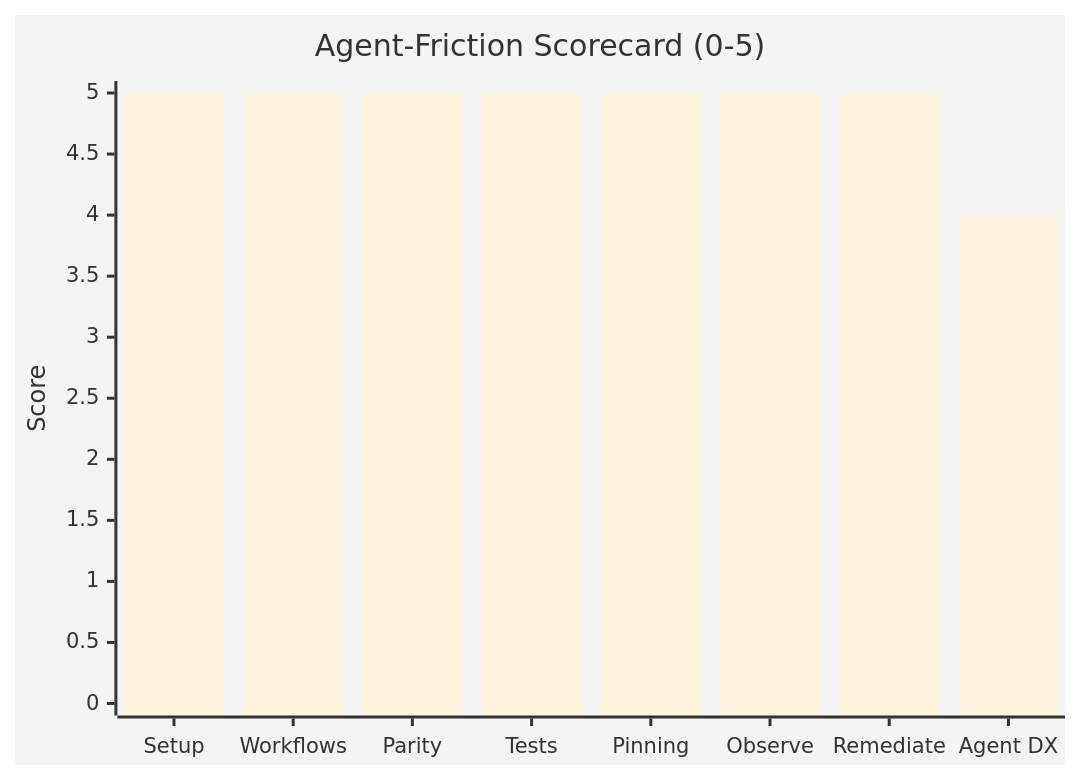
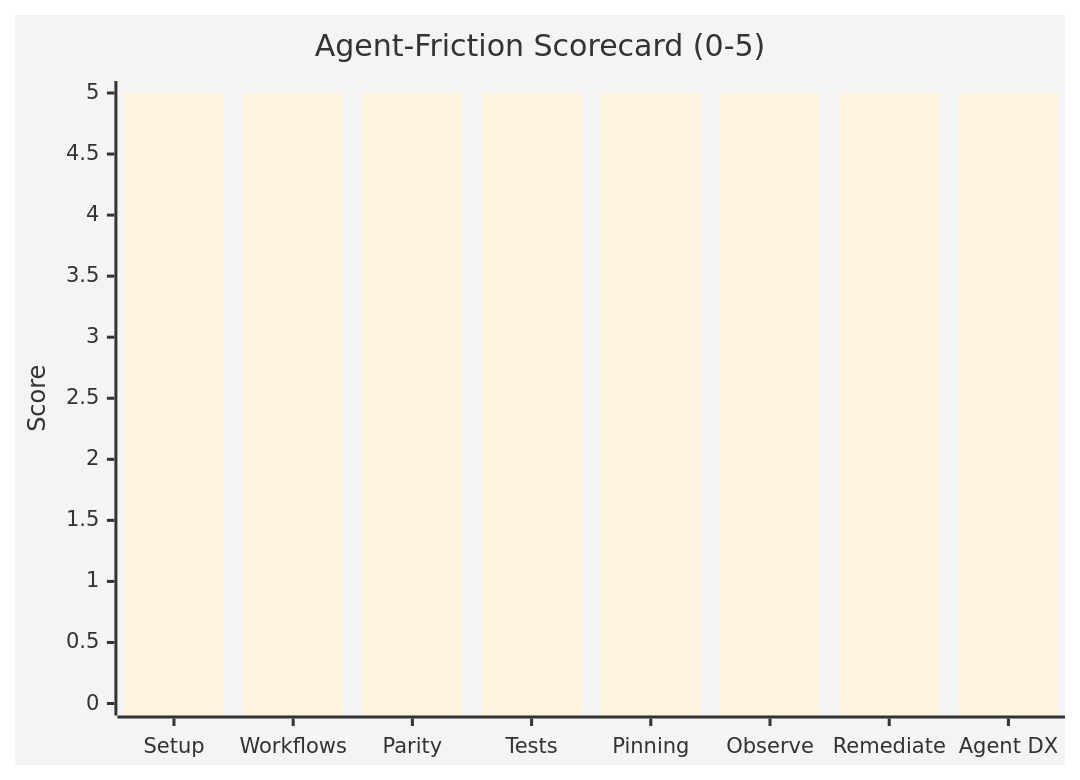
One commit to jbejenar/ripple-next changed the third of 6 diagrams in docs/product-roadmap/README.md. Above: the diagram before and after it, drawn with Mermaid. The commit also changed other lines of this file and 6 other files, not shown here.

````diff
--- a/docs/product-roadmap/README.md
+++ b/docs/product-roadmap/README.md
@@ -764,8 +768,8 @@
 ```mermaid
 %%{init: {'theme': 'base', 'themeVariables': {'primaryColor': '#6366f1'}}}%%
 xychart-beta
     title "Agent-Friction Scorecard (0-5)"
     x-axis ["Setup", "Workflows", "Parity", "Tests", "Pinning", "Observe", "Remediate", "Agent DX"]
     y-axis "Score" 0 --> 5
-    bar [5, 5, 5, 5, 5, 5, 5, 4]
+    bar [5, 5, 5, 5, 5, 5, 5, 5]
 ```
````
